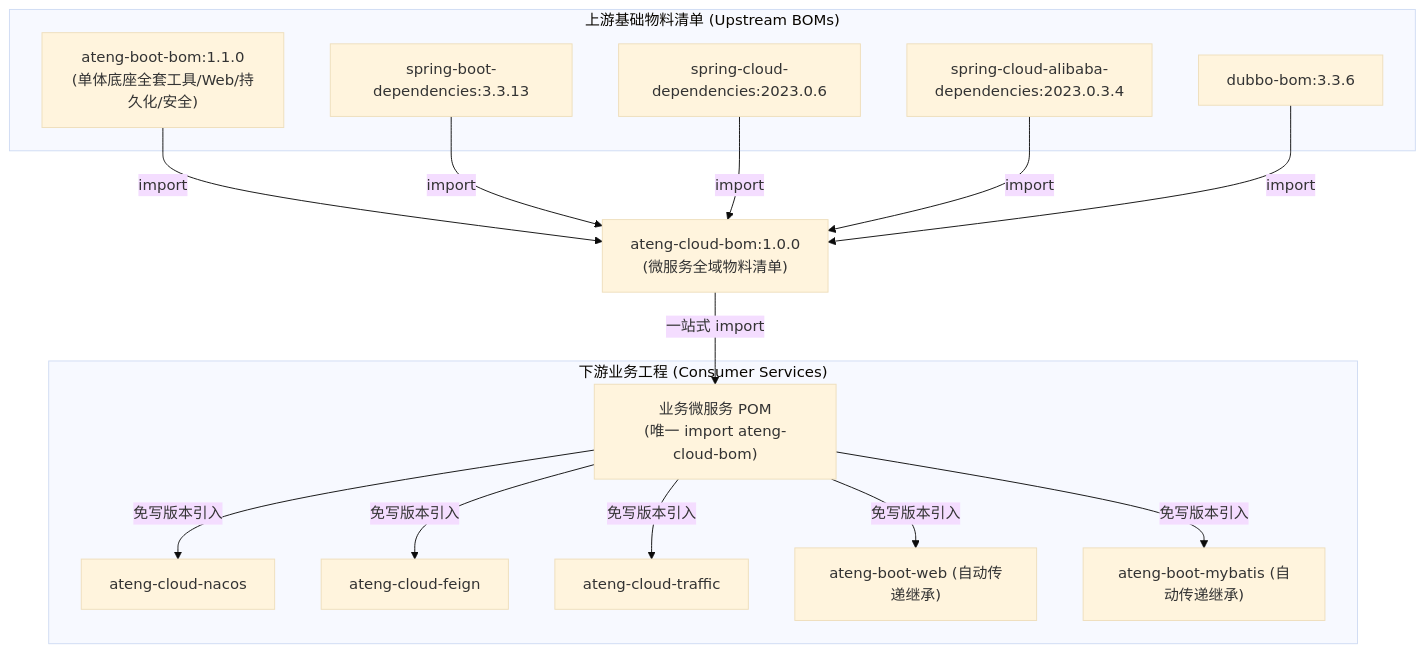
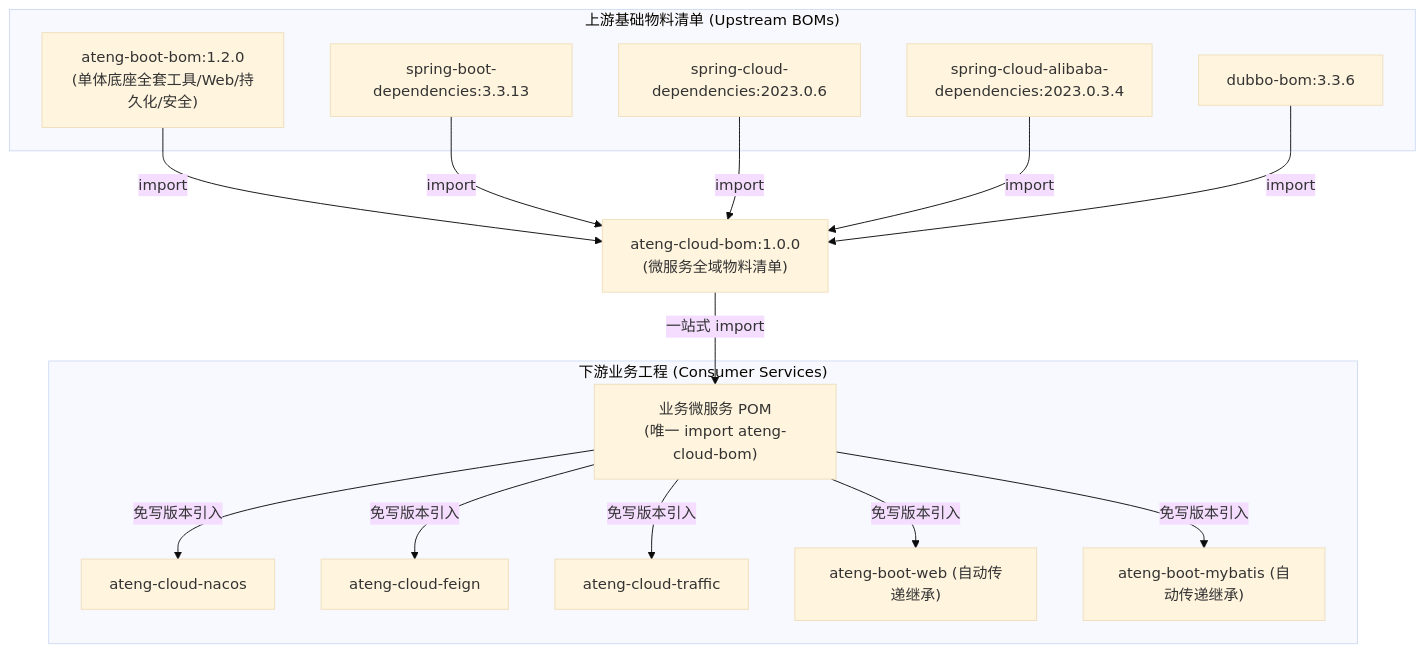
Before and after one commit to atengk/ateng-cloud: the diagram in ateng-cloud-bom/README.md, drawn with Mermaid (base theme). The commit also changed other lines of this file and 49 other files, not shown here.

````diff
--- a/ateng-cloud-bom/README.md
+++ b/ateng-cloud-bom/README.md
@@ -76,29 +76,29 @@
 ```mermaid
 flowchart TD
     subgraph Upstream ["上游基础物料清单 (Upstream BOMs)"]
-        BootBOM["ateng-boot-bom:1.1.0<br>(单体底座全套工具/Web/持久化/安全)"]
+        BootBOM["ateng-boot-bom:1.2.0<br>(单体底座全套工具/Web/持久化/安全)"]
         SpringBoot["spring-boot-dependencies:3.3.13"]
         SpringCloud["spring-cloud-dependencies:2023.0.6"]
         SCA["spring-cloud-alibaba-dependencies:2023.0.3.4"]
         DubboBOM["dubbo-bom:3.3.6"]
     end
 
     CloudBOM["ateng-cloud-bom:1.0.0<br>(微服务全域物料清单)"]
     
     BootBOM -->|import| CloudBOM
     SpringBoot -->|import| CloudBOM
     SpringCloud -->|import| CloudBOM
     SCA -->|import| CloudBOM
     DubboBOM -->|import| CloudBOM
 
     subgraph BusinessApps ["下游业务工程 (Consumer Services)"]
         BizApp["业务微服务 POM<br>(唯一 import ateng-cloud-bom)"]
         BizApp -->|免写版本引入| CloudNacos["ateng-cloud-nacos"]
         BizApp -->|免写版本引入| CloudFeign["ateng-cloud-feign"]
         BizApp -->|免写版本引入| CloudTraffic["ateng-cloud-traffic"]
         BizApp -->|免写版本引入| BootWeb["ateng-boot-web (自动传递继承)"]
         BizApp -->|免写版本引入| BootMybatis["ateng-boot-mybatis (自动传递继承)"]
     end
 
     CloudBOM -->|一站式 import| BizApp
 ```
````
